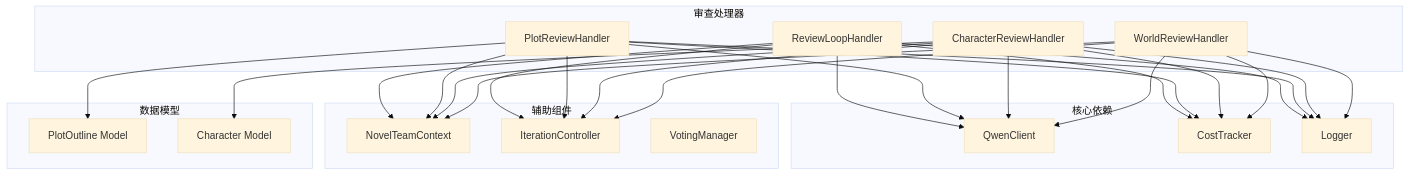
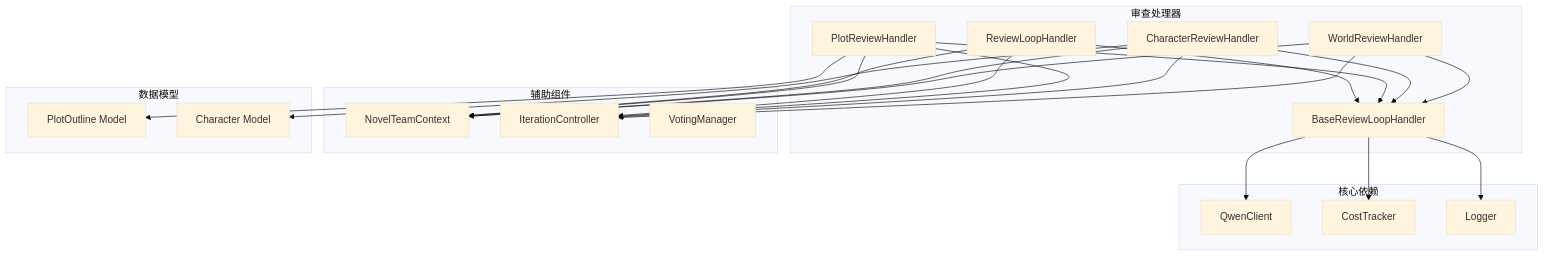
Before and after one commit to xfbyxq/ai-novel-system: the ninth of 10 diagrams in .qoder/repowiki/zh/content/AI智能体系统/情节审查处理器.md, drawn with Mermaid (base theme). The commit also changed other lines of this file and 84 other files, not shown here.

````diff
--- a/.qoder/repowiki/zh/content/AI智能体系统/情节审查处理器.md
+++ b/.qoder/repowiki/zh/content/AI智能体系统/情节审查处理器.md
@@ -455,45 +502,41 @@
 ```mermaid
 graph TB
 subgraph "核心依赖"
 QwenClient[QwenClient]
 CostTracker[CostTracker]
 Logger[Logger]
 end
 subgraph "审查处理器"
+BaseReviewLoop[BaseReviewLoopHandler]
 ReviewLoop[ReviewLoopHandler]
 PlotReview[PlotReviewHandler]
 CharReview[CharacterReviewHandler]
 WorldReview[WorldReviewHandler]
 end
 subgraph "辅助组件"
 TeamContext[NovelTeamContext]
 IterationCtrl[IterationController]
 VotingMgr[VotingManager]
 end
 subgraph "数据模型"
 PlotOutline[PlotOutline Model]
 CharacterModel[Character Model]
 end
-ReviewLoop --> QwenClient
-ReviewLoop --> CostTracker
+BaseReviewLoop --> QwenClient
+BaseReviewLoop --> CostTracker
+BaseReviewLoop --> Logger
+ReviewLoop --> BaseReviewLoop
+PlotReview --> BaseReviewLoop
+CharReview --> BaseReviewLoop
+WorldReview --> BaseReviewLoop
 ReviewLoop --> TeamContext
+PlotReview --> TeamContext
+CharReview --> TeamContext
+WorldReview --> TeamContext
 ReviewLoop --> IterationCtrl
-PlotReview --> QwenClient
-PlotReview --> CostTracker
-PlotReview --> TeamContext
 PlotReview --> IterationCtrl
-CharReview --> QwenClient
-CharReview --> CostTracker
-CharReview --> TeamContext
 CharReview --> IterationCtrl
-WorldReview --> QwenClient
-WorldReview --> CostTracker
-WorldReview --> TeamContext
 WorldReview --> IterationCtrl
 PlotReview --> PlotOutline
 CharReview --> CharacterModel
-ReviewLoop --> Logger
-PlotReview --> Logger
-CharReview --> Logger
-WorldReview --> Logger
 ```
````
